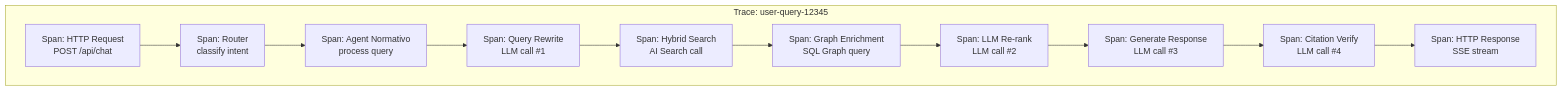
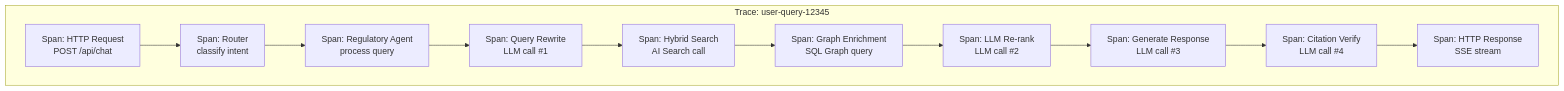
The first of 3 diagrams in docs/technical/07-observability-llmops.md (pablonux/legal-ai-ar), drawn with Mermaid before and after one commit. The commit also changed other lines of this file and 2 other files, not shown here.

````diff
--- a/docs/technical/07-observability-llmops.md
+++ b/docs/technical/07-observability-llmops.md
@@ -32,14 +32,14 @@
 ```mermaid
 flowchart TB
     subgraph "Trace: user-query-12345"
         A[Span: HTTP Request<br/>POST /api/chat] --> B[Span: Router<br/>classify intent]
-        B --> C[Span: Agent Normativo<br/>process query]
+        B --> C[Span: Regulatory Agent<br/>process query]
         C --> D[Span: Query Rewrite<br/>LLM call #1]
         D --> E[Span: Hybrid Search<br/>AI Search call]
         E --> F[Span: Graph Enrichment<br/>SQL Graph query]
         F --> G[Span: LLM Re-rank<br/>LLM call #2]
         G --> H[Span: Generate Response<br/>LLM call #3]
         H --> I[Span: Citation Verify<br/>LLM call #4]
         I --> J[Span: HTTP Response<br/>SSE stream]
     end
 ```
````
